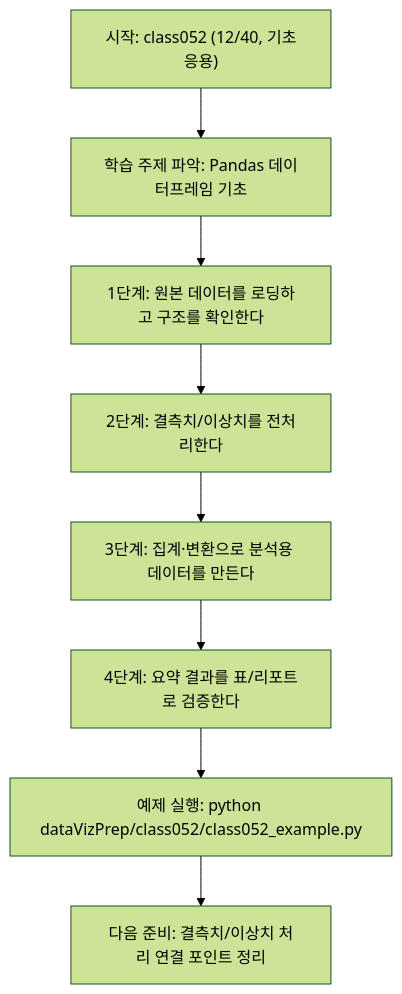
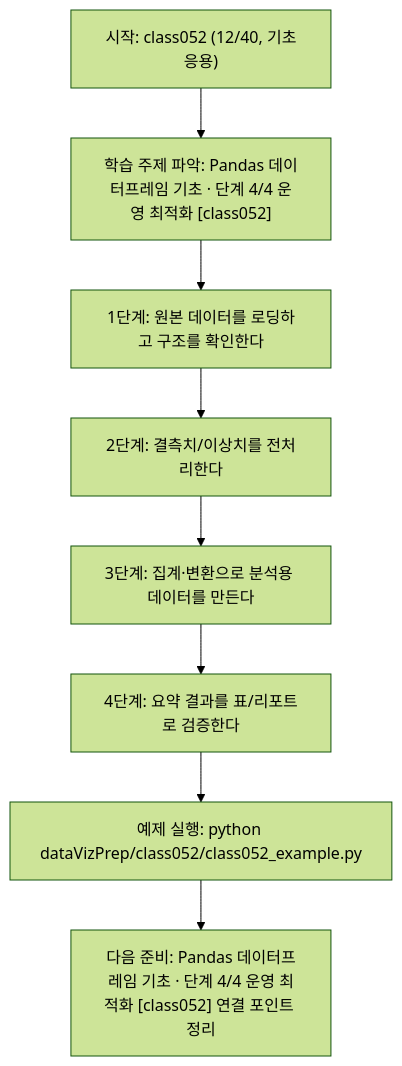
Before and after one commit to edumgt/Python-AI_Agent-Class: the diagram in dataVizPrep/class052/class052.md, drawn with Mermaid (forest theme). The commit also changed other lines of this file and 522 other files, not shown here.

````diff
--- a/dataVizPrep/class052/class052.md
+++ b/dataVizPrep/class052/class052.md
@@ -110,18 +111,18 @@
 ```mermaid
 flowchart TD
 N1["시작: class052 (12/40, 기초응용)"]
-N2["학습 주제 파악: Pandas 데이터프레임 기초"]
+N2["학습 주제 파악: Pandas 데이터프레임 기초 · 단계 4/4 운영 최적화 [class052]"]
 N3["1단계: 원본 데이터를 로딩하고 구조를 확인한다"]
 N4["2단계: 결측치/이상치를 전처리한다"]
 N5["3단계: 집계·변환으로 분석용 데이터를 만든다"]
 N6["4단계: 요약 결과를 표/리포트로 검증한다"]
 N7["예제 실행: python dataVizPrep/class052/class052_example.py"]
-N8["다음 준비: 결측치/이상치 처리 연결 포인트 정리"]
+N8["다음 준비: Pandas 데이터프레임 기초 · 단계 4/4 운영 최적화 [class052] 연결 포인트 정리"]
 N1 --> N2
 N2 --> N3
 N3 --> N4
 N4 --> N5
 N5 --> N6
 N6 --> N7
 N7 --> N8
 ```
````
